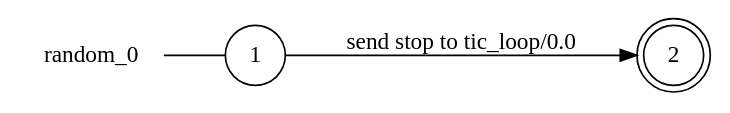
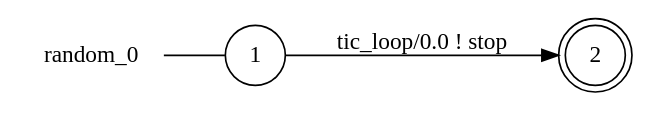
One commit to gabrielegenovese/chorer changed the diagram in examples/ticktackstop/random_0_local_view.dot. Above: the diagram before and after it, drawn with Graphviz. The commit also changed 56 other files, not shown here.

Commit message:
updated send label format in "proc ! data"

```diff
--- a/examples/ticktackstop/random_0_local_view.dot
+++ b/examples/ticktackstop/random_0_local_view.dot
@@ -1,9 +1,9 @@
 digraph random_0 {
 	rankdir="LR";
 	n_0 [label="random_0", shape="plaintext"];
 	n_1 [id="1", shape=circle, label="1"];
 	n_0 -> n_1 [arrowhead=none];
 	n_2 [id="2", shape=doublecircle, label="2"];
 
-	n_1 -> n_2 [id="[$e|0]", label="send stop to tic_loop/0.0"];
+	n_1 -> n_2 [id="[$e|0]", label="tic_loop/0.0 ! stop"];
 }
```
